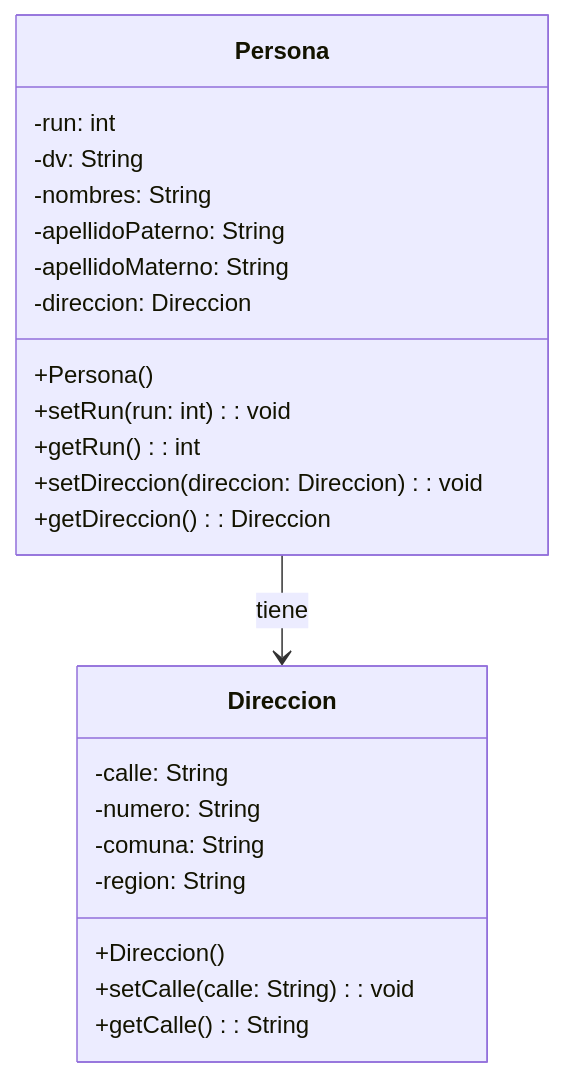
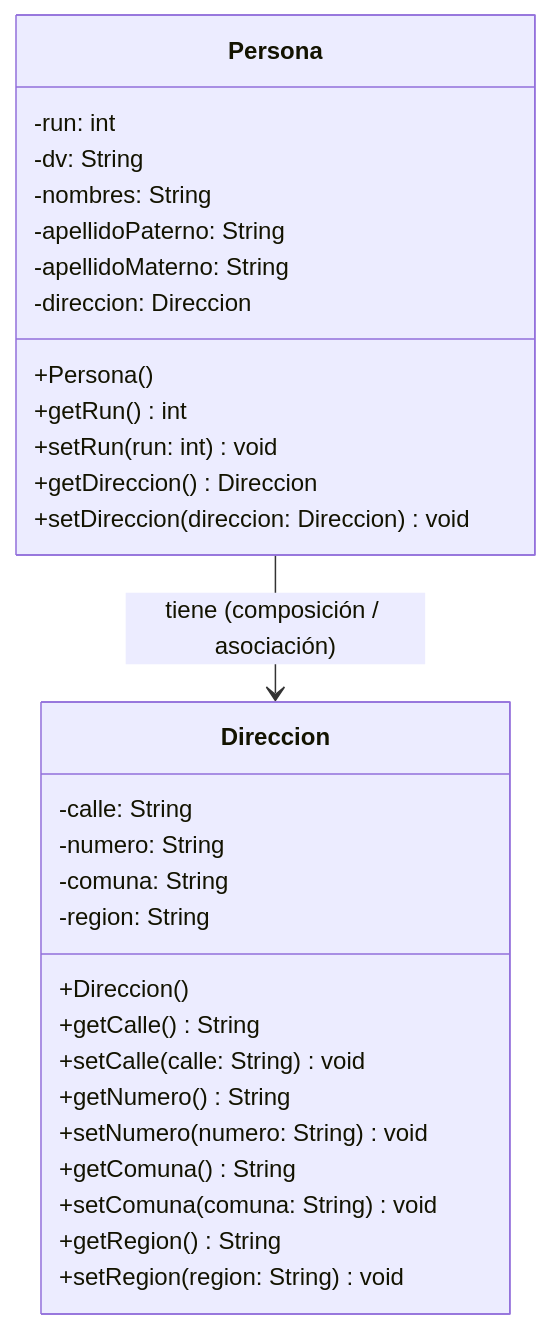
Before and after one commit to elprofecarreno/poo-fundaments: the second of 2 diagrams in 04/README.md, drawn with Mermaid. The commit also changed other lines of this file and 15 other files, not shown here.

````diff
--- a/04/README.md
+++ b/04/README.md
@@ -11,28 +55,34 @@
 ```mermaid
 classDiagram
     class Persona {
         -run: int
         -dv: String
         -nombres: String
         -apellidoPaterno: String
         -apellidoMaterno: String
         -direccion: Direccion
         +Persona()
-        +setRun(run: int): void
-        +getRun(): int
-        +setDireccion(direccion: Direccion): void
-        +getDireccion(): Direccion
+        +getRun() int
+        +setRun(run: int) void
+        +getDireccion() Direccion
+        +setDireccion(direccion: Direccion) void
     }
 
     class Direccion {
         -calle: String
         -numero: String
         -comuna: String
         -region: String
         +Direccion()
-        +setCalle(calle: String): void
-        +getCalle(): String
+        +getCalle() String
+        +setCalle(calle: String) void
+        +getNumero() String
+        +setNumero(numero: String) void
+        +getComuna() String
+        +setComuna(comuna: String) void
+        +getRegion() String
+        +setRegion(region: String) void
     }
 
-    Persona --> Direccion : tiene
+    Persona --> Direccion : tiene (composición / asociación)
 ```
````
